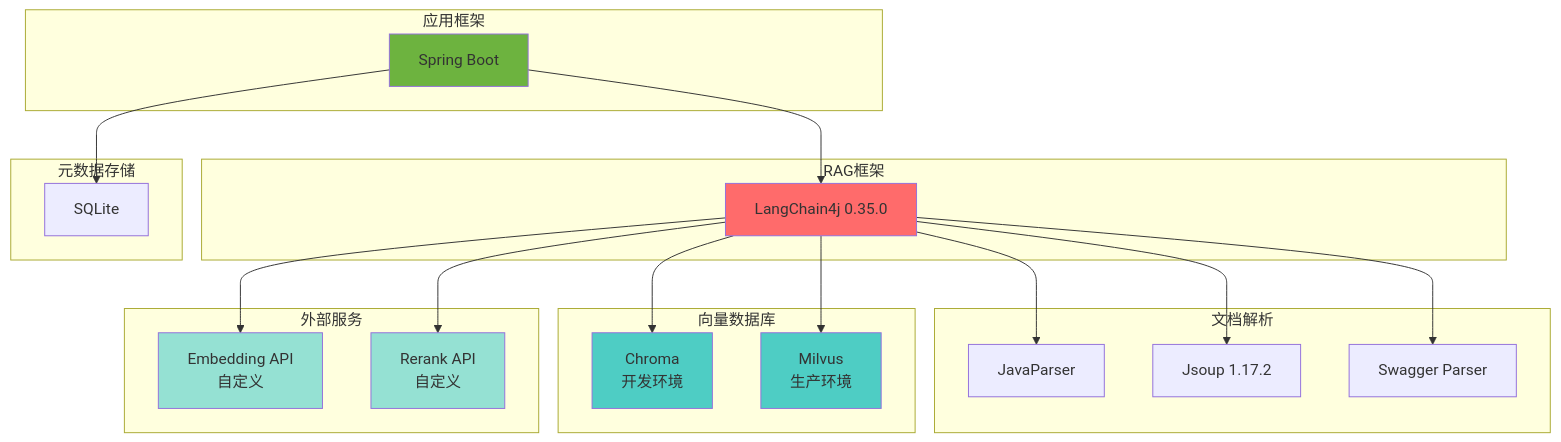
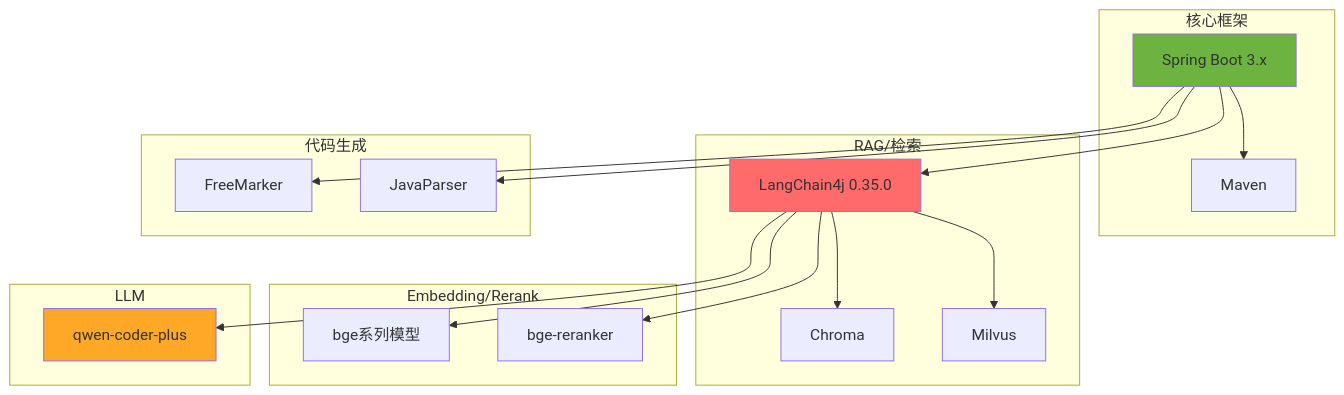
The sixth of 7 diagrams in docs/ARCHITECTURE.md (GuIIWen/ascend_cloud_agent), drawn with Mermaid before and after one commit. The commit also changed other lines of this file and 39 other files, not shown here.

````diff
--- a/docs/ARCHITECTURE.md
+++ b/docs/ARCHITECTURE.md
@@ -141,47 +304,41 @@
 ```mermaid
 graph TB
-    subgraph "应用框架"
-        Spring[Spring Boot]
+    subgraph "核心框架"
+        Spring[Spring Boot 3.x]
+        Maven[Maven]
     end
 
-    subgraph "RAG框架"
+    subgraph "RAG/检索"
         LC4J[LangChain4j 0.35.0]
+        Chroma[Chroma]
+        Milvus[Milvus]
     end
 
-    subgraph "文档解析"
-        JP[JavaParser]
-        Jsoup[Jsoup 1.17.2]
-        SP[Swagger Parser]
+    subgraph "Embedding/Rerank"
+        BGE[bge系列模型]
+        Rerank[bge-reranker]
     end
 
-    subgraph "向量数据库"
-        Chroma[Chroma<br/>开发环境]
-        Milvus[Milvus<br/>生产环境]
+    subgraph "LLM"
+        Qwen[qwen-coder-plus]
     end
 
-    subgraph "元数据存储"
-        SQLite[SQLite]
-    end
-
-    subgraph "外部服务"
-        EmbedAPI[Embedding API<br/>自定义]
-        RerankAPI[Rerank API<br/>自定义]
+    subgraph "代码生成"
+        FreeMarker[FreeMarker]
+        JavaParser[JavaParser]
     end
 
     Spring --> LC4J
-    LC4J --> JP
-    LC4J --> Jsoup
-    LC4J --> SP
+    Spring --> Maven
     LC4J --> Chroma
     LC4J --> Milvus
-    LC4J --> EmbedAPI
-    LC4J --> RerankAPI
-    Spring --> SQLite
+    LC4J --> BGE
+    LC4J --> Rerank
+    LC4J --> Qwen
+    Spring --> FreeMarker
+    Spring --> JavaParser
 
     style Spring fill:#6db33f
     style LC4J fill:#ff6b6b
-    style Chroma fill:#4ecdc4
-    style Milvus fill:#4ecdc4
-    style EmbedAPI fill:#95e1d3
-    style RerankAPI fill:#95e1d3
+    style Qwen fill:#ffa726
 ```
````
